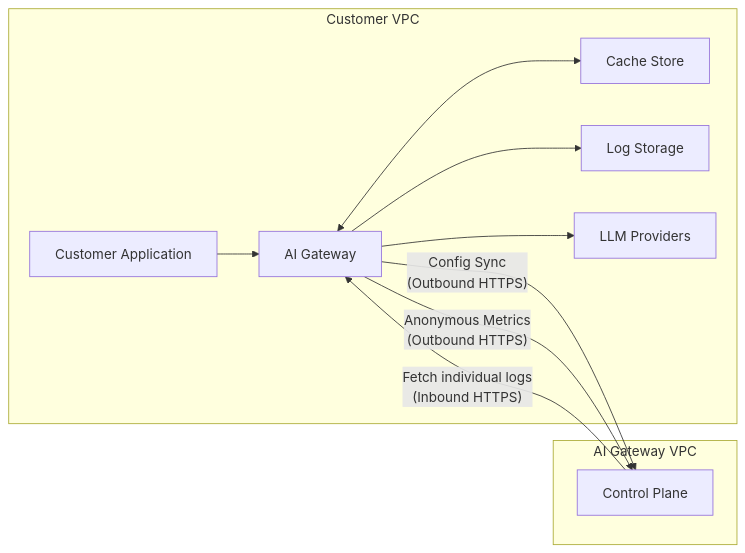
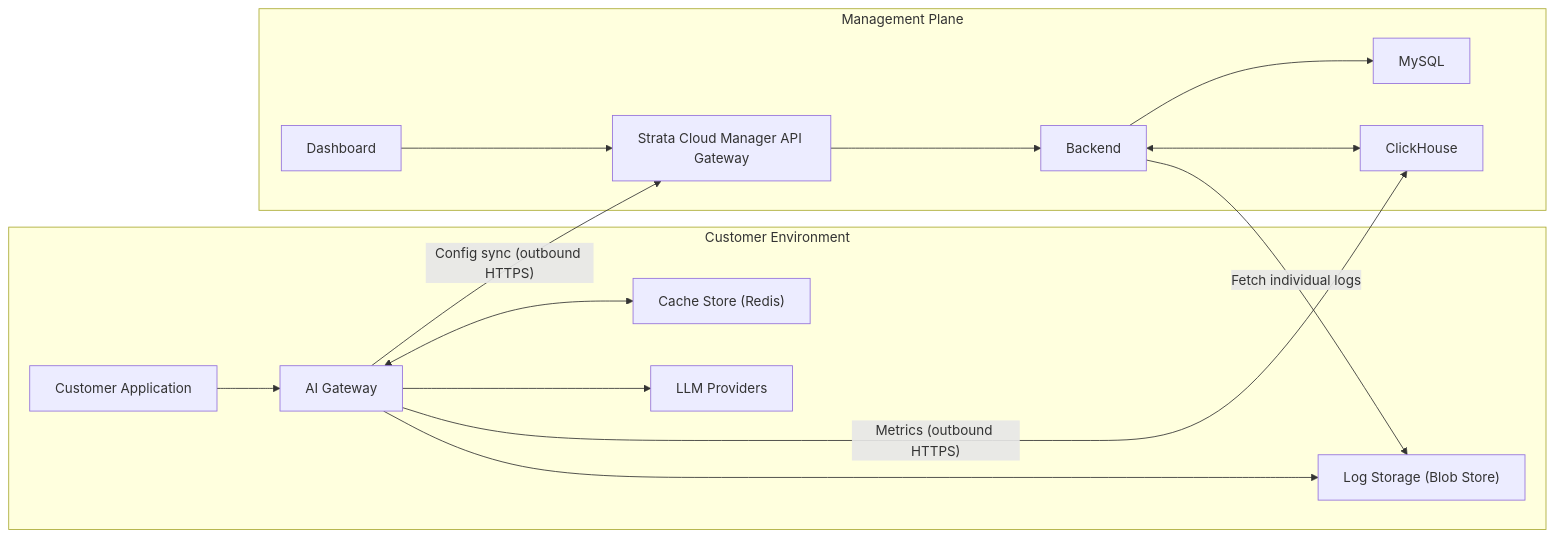
Before and after one commit to Portkey-AI/docs-core: the diagram in aigw/self-hosting/hybrid-deployments/architecture.mdx, drawn with Mermaid. The commit also changed other lines of this file and 3 other files, not shown here.

First line of the commit message:
docs(aigw): merge SCM Architecture into a single Architecture page

````diff
--- a/aigw/self-hosting/hybrid-deployments/architecture.mdx
+++ b/aigw/self-hosting/hybrid-deployments/architecture.mdx
@@ -143,17 +21,20 @@
 ```mermaid
 flowchart LR
-    subgraph "Customer VPC"
+    subgraph cust["Customer Environment"]
         app["Customer Application"] --> gw["AI Gateway"]
-        gw <--> cache["Cache Store"]
-        gw --> logs["Log Storage"]
+        gw <--> cache["Cache Store (Redis)"]
+        gw --> logs["Log Storage (Blob Store)"]
         gw --> llm["LLM Providers"]
     end
 
-    subgraph "AI Gateway VPC"
-        cp["Control Plane"]
+    subgraph mp["Management Plane"]
+        scm["Strata Cloud Manager API Gateway"] --> be["Backend"]
+        dash["Dashboard"] --> scm
+        be --> mysql["MySQL"]
+        be <--> ch["ClickHouse"]
     end
 
-    gw -- "Config Sync\n(Outbound HTTPS)" --> cp
-    gw -- "Anonymous Metrics\n(Outbound HTTPS)" --> cp
-    cp -- "Fetch individual logs\n(Inbound HTTPS)" --> gw
+    gw -- "Config sync (outbound HTTPS)" --> scm
+    gw -- "Metrics (outbound HTTPS)" --> ch
+    be -- "Fetch individual logs" --> logs
 ```
````
